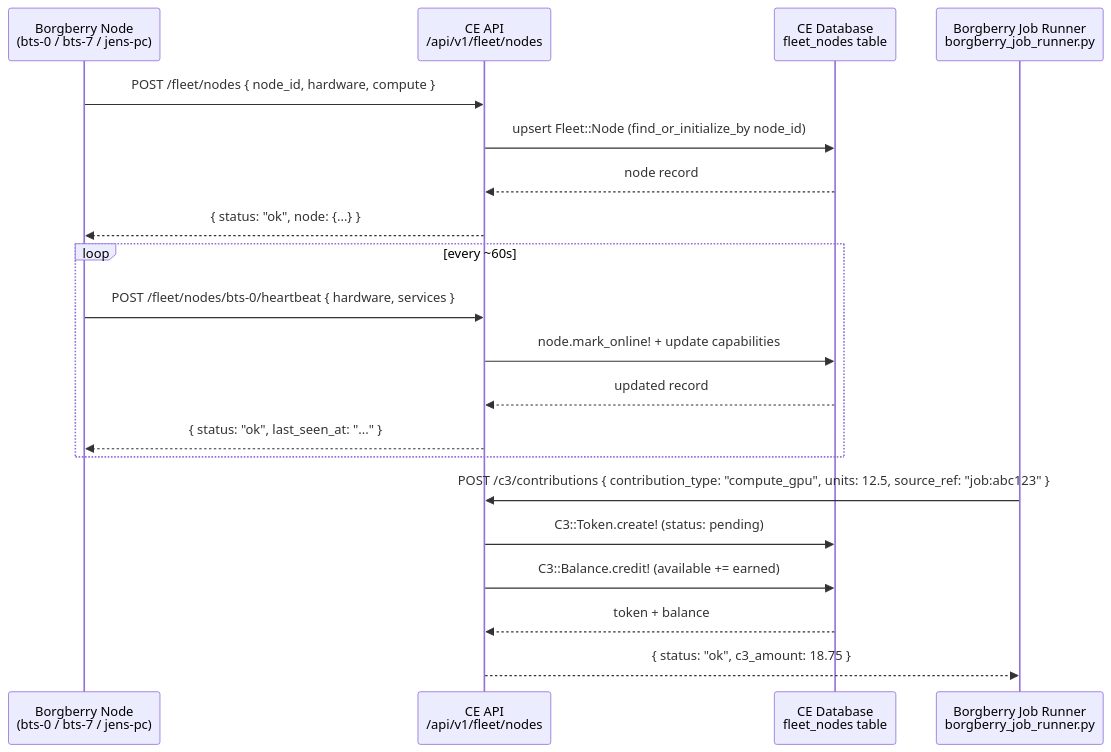
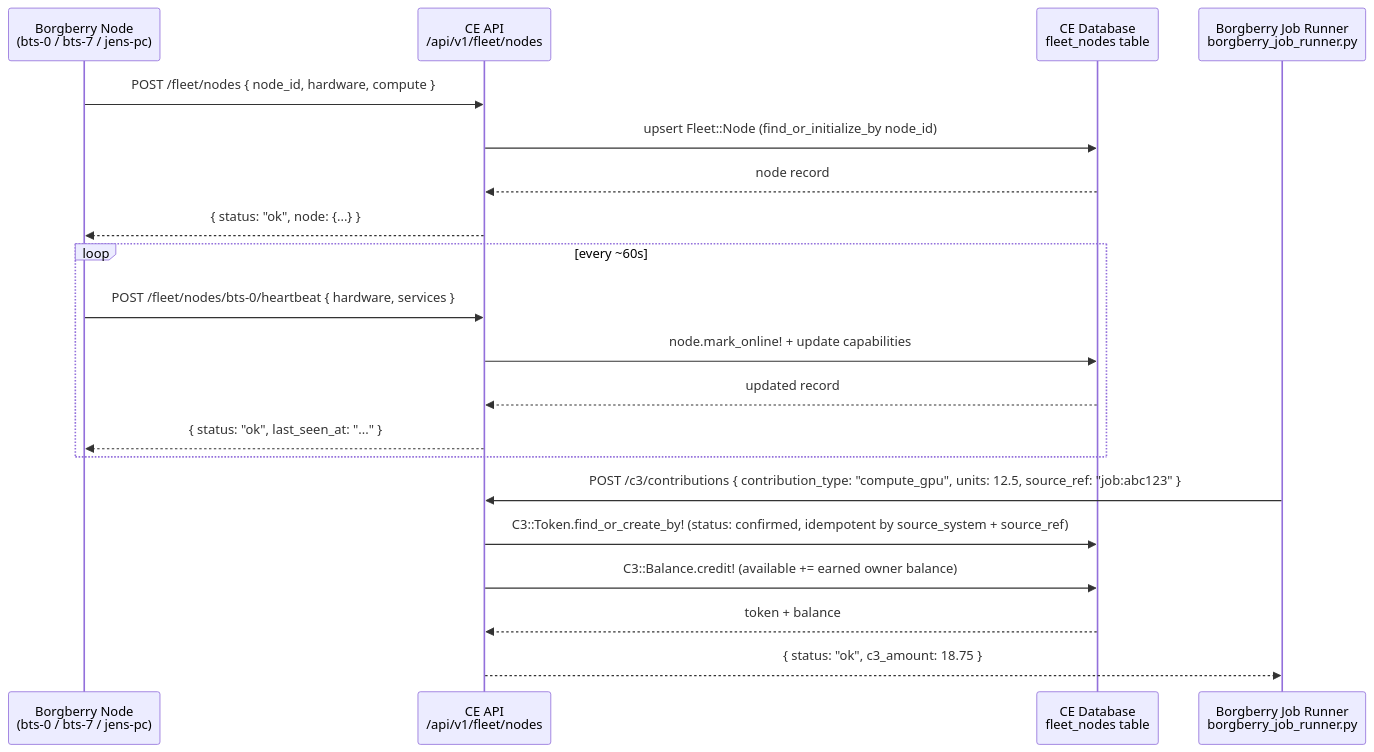
Before and after one commit to better-together-org/community-engine-rails: the second of 4 diagrams in docs/borgberry-ce-integration.md, drawn with Mermaid. The commit also changed other lines of this file and 29 other files, not shown here.

Commit message:
fix(c3): harden borgberry ownership and settlement flows

````diff
--- a/docs/borgberry-ce-integration.md
+++ b/docs/borgberry-ce-integration.md
@@ -145,25 +167,25 @@
 ```mermaid
 sequenceDiagram
     participant B as Borgberry Node<br/>(bts-0 / bts-7 / jens-pc)
     participant A as CE API<br/>/api/v1/fleet/nodes
     participant DB as CE Database<br/>fleet_nodes table
     participant J as Borgberry Job Runner<br/>borgberry_job_runner.py
 
     B->>A: POST /fleet/nodes { node_id, hardware, compute }
     A->>DB: upsert Fleet::Node (find_or_initialize_by node_id)
     DB-->>A: node record
     A-->>B: { status: "ok", node: {...} }
 
     loop every ~60s
         B->>A: POST /fleet/nodes/bts-0/heartbeat { hardware, services }
         A->>DB: node.mark_online! + update capabilities
         DB-->>A: updated record
         A-->>B: { status: "ok", last_seen_at: "..." }
     end
 
     J->>A: POST /c3/contributions { contribution_type: "compute_gpu", units: 12.5, source_ref: "job:abc123" }
-    A->>DB: C3::Token.create! (status: pending)
-    A->>DB: C3::Balance.credit! (available += earned)
+    A->>DB: C3::Token.find_or_create_by! (status: confirmed, idempotent by source_system + source_ref)
+    A->>DB: C3::Balance.credit! (available += earned owner balance)
     DB-->>A: token + balance
     A-->>J: { status: "ok", c3_amount: 18.75 }
 ```
````
